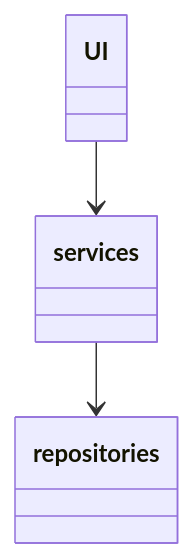
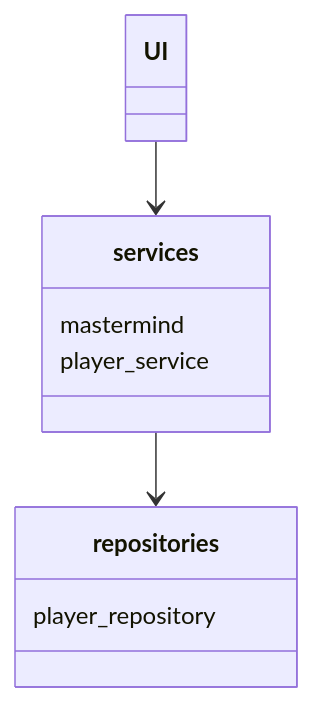
The diagram in dokumentaatio/arkkitehtuuri.md (kanuuna1/ohte), drawn with Mermaid before and after one commit. The commit also changed other lines of this file and 12 other files, not shown here.

````diff
--- a/dokumentaatio/arkkitehtuuri.md
+++ b/dokumentaatio/arkkitehtuuri.md
@@ -5,5 +5,8 @@
 ```mermaid
 classDiagram
-    UI --> services
-    services --> repositories
+    UI--> services
+    services--> repositories
+    services : mastermind
+    services : player_service
+    repositories : player_repository
 ```
````
